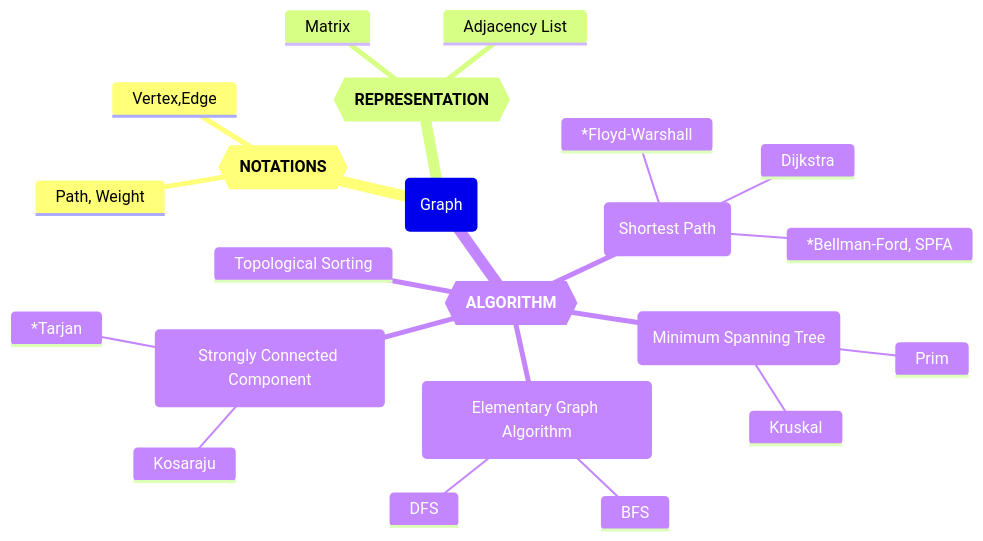
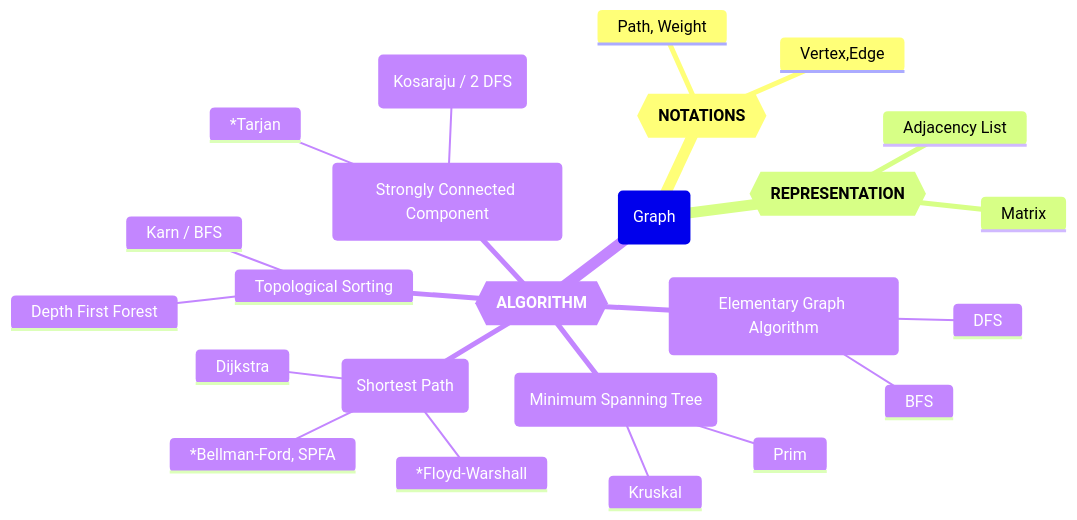
The diagram in graph_questions.md (GMyhf/2024spring-cs201), drawn with Mermaid before and after one commit. The commit also changed other lines of this file, not shown here.

````diff
--- a/graph_questions.md
+++ b/graph_questions.md
@@ -29,29 +29,31 @@
 ```mermaid
 mindmap
   Graph (Graph)
     Notation{{**NOTATIONS**}}
     	Vertex,Edge
     	Path, Weight
       
     Representation{{**REPRESENTATION**}}
       Matrix
       Adjacency List
       
     Algorithm{{**ALGORITHM**}}
     	Elementary Graph Algorithms(Elementary Graph Algorithm)
     		BFS
     		DFS
     	Shortest Path(Shortest Path)
     		Dijkstra
     		*Bellman-Ford, SPFA
     		*Floyd-Warshall 
     	Topological Sorting
+    		Depth First Forest
+    		Karn / BFS
     	MST(Minimum Spanning Tree)
     		Prim
     		Kruskal
     	SCC(Strongly Connected Component)
-    		Kosaraju
+    		Kosaraju(Kosaraju / 2 DFS)
     		*Tarjan
       
 
 ```
````
